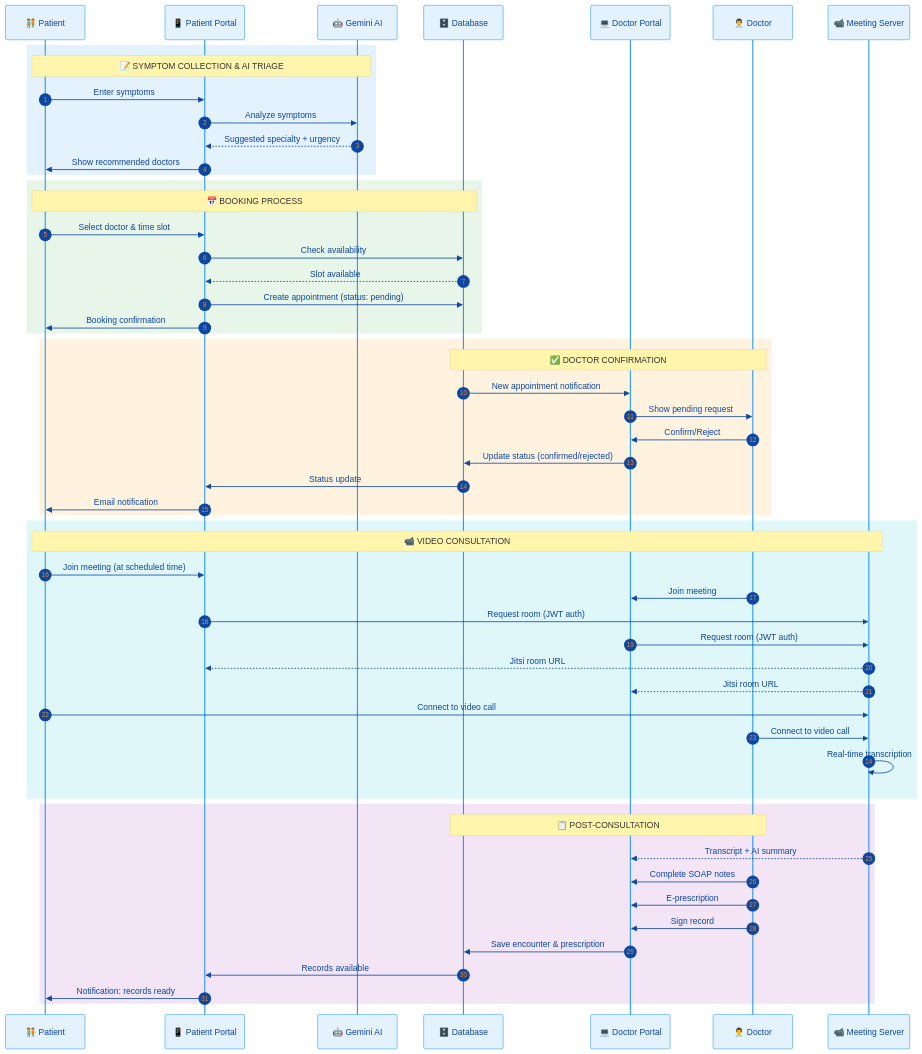
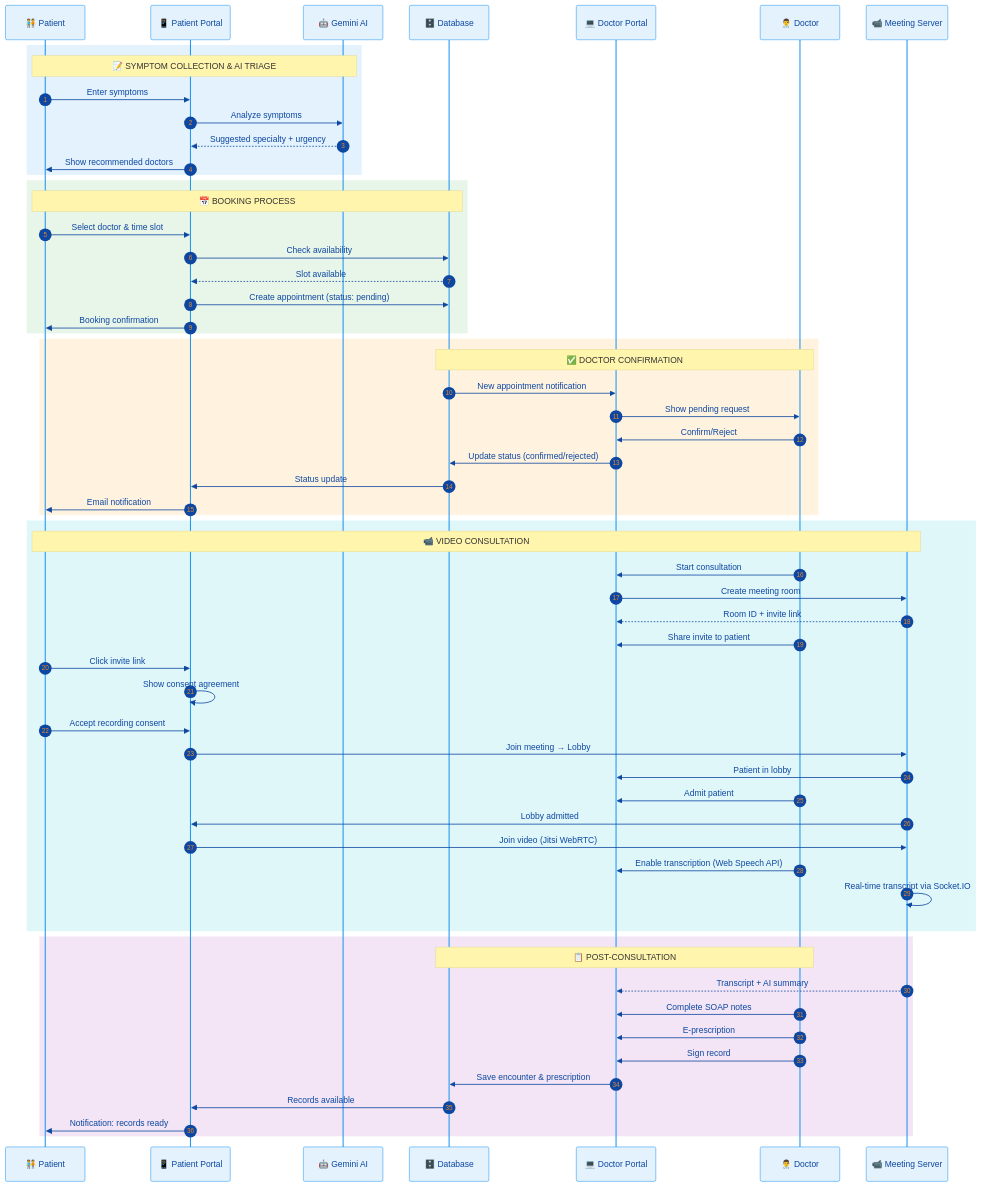
The diagram in Presentations/diagrams/04-appointment-workflow.mmd (chiraleo2000/Isara-Anywhere), drawn with Mermaid before and after one commit. The commit also changed 294 other files, not shown here.

```diff
--- a/Presentations/diagrams/04-appointment-workflow.mmd
+++ b/Presentations/diagrams/04-appointment-workflow.mmd
@@ -1,72 +1,77 @@
 %%{init: {
   'theme': 'base',
   'themeVariables': {
     'primaryColor': '#E3F2FD',
     'primaryTextColor': '#0D47A1',
     'primaryBorderColor': '#2196F3',
     'lineColor': '#1976D2',
     'fontSize': '20px',
     'fontFamily': 'Segoe UI, Arial'
   }
 }}%%
 
 sequenceDiagram
     autonumber
     participant P as 🧑‍🤝‍🧑 Patient
     participant PP as 📱 Patient Portal
     participant AI as 🤖 Gemini AI
     participant DB as 🗄️ Database
     participant DP as 💻 Doctor Portal
     participant D as 👨‍⚕️ Doctor
     participant MS as 📹 Meeting Server
 
     rect rgb(227, 242, 253)
         Note over P,AI: 📝 SYMPTOM COLLECTION & AI TRIAGE
         P->>PP: Enter symptoms
         PP->>AI: Analyze symptoms
         AI-->>PP: Suggested specialty + urgency
         PP->>P: Show recommended doctors
     end
 
     rect rgb(232, 245, 233)
         Note over P,DB: 📅 BOOKING PROCESS
         P->>PP: Select doctor & time slot
         PP->>DB: Check availability
         DB-->>PP: Slot available
         PP->>DB: Create appointment (status: pending)
         PP->>P: Booking confirmation
     end
 
     rect rgb(255, 243, 224)
         Note over DB,D: ✅ DOCTOR CONFIRMATION
         DB->>DP: New appointment notification
         DP->>D: Show pending request
         D->>DP: Confirm/Reject
         DP->>DB: Update status (confirmed/rejected)
         DB->>PP: Status update
         PP->>P: Email notification
     end
 
     rect rgb(224, 247, 250)
         Note over P,MS: 📹 VIDEO CONSULTATION
-        P->>PP: Join meeting (at scheduled time)
-        D->>DP: Join meeting
-        PP->>MS: Request room (JWT auth)
-        DP->>MS: Request room (JWT auth)
-        MS-->>PP: Jitsi room URL
-        MS-->>DP: Jitsi room URL
-        P->>MS: Connect to video call
-        D->>MS: Connect to video call
-        MS->>MS: Real-time transcription
+        D->>DP: Start consultation
+        DP->>MS: Create meeting room
+        MS-->>DP: Room ID + invite link
+        D->>DP: Share invite to patient
+        P->>PP: Click invite link
+        PP->>PP: Show consent agreement
+        P->>PP: Accept recording consent
+        PP->>MS: Join meeting → Lobby
+        MS->>DP: Patient in lobby
+        D->>DP: Admit patient
+        MS->>PP: Lobby admitted
+        PP->>MS: Join video (Jitsi WebRTC)
+        D->>DP: Enable transcription (Web Speech API)
+        MS->>MS: Real-time transcript via Socket.IO
     end
 
     rect rgb(243, 229, 245)
         Note over D,DB: 📋 POST-CONSULTATION
         MS-->>DP: Transcript + AI summary
         D->>DP: Complete SOAP notes
         D->>DP: E-prescription
         D->>DP: Sign record
         DP->>DB: Save encounter & prescription
         DB->>PP: Records available
         PP->>P: Notification: records ready
     end
```
